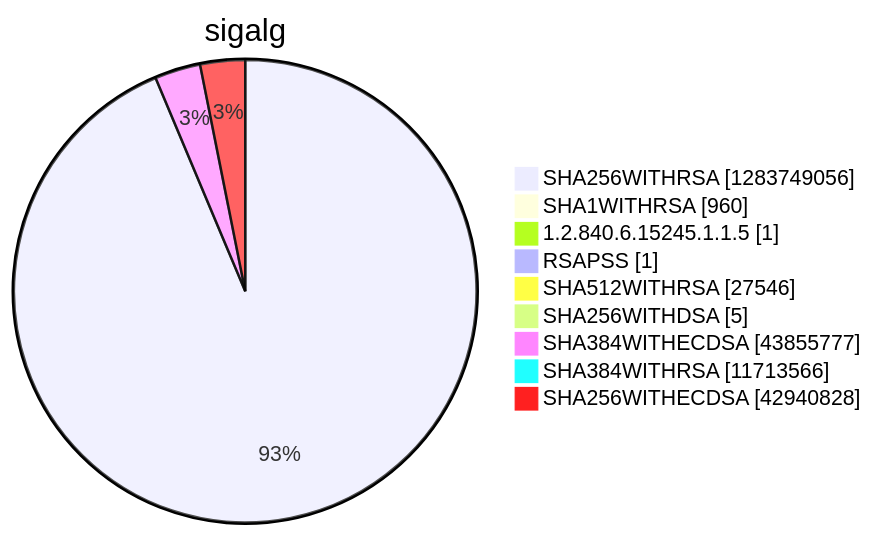
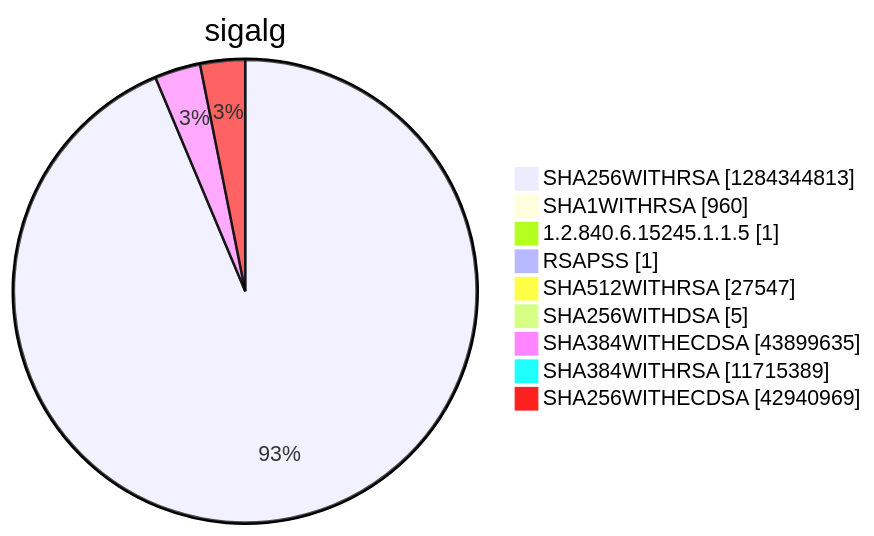
Before and after one commit to christiankrug/ctmonitor_visualization: diagram 15 of 15 in argon2022/README.md, drawn with Mermaid. The commit also changed other lines of this file, not shown here.

````diff
--- a/argon2022/README.md
+++ b/argon2022/README.md
@@ -5523,13 +5523,13 @@
 ```mermaid
 pie showData
 title sigalg
-"SHA256WITHRSA" :1283749056
+"SHA256WITHRSA" :1284344813
 "SHA1WITHRSA" :960
 "1.2.840.6.15245.1.1.5" :1
 "RSAPSS" :1
-"SHA512WITHRSA" :27546
+"SHA512WITHRSA" :27547
 "SHA256WITHDSA" :5
-"SHA384WITHECDSA" :43855777
-"SHA384WITHRSA" :11713566
-"SHA256WITHECDSA" :42940828
+"SHA384WITHECDSA" :43899635
+"SHA384WITHRSA" :11715389
+"SHA256WITHECDSA" :42940969
 ```
````
